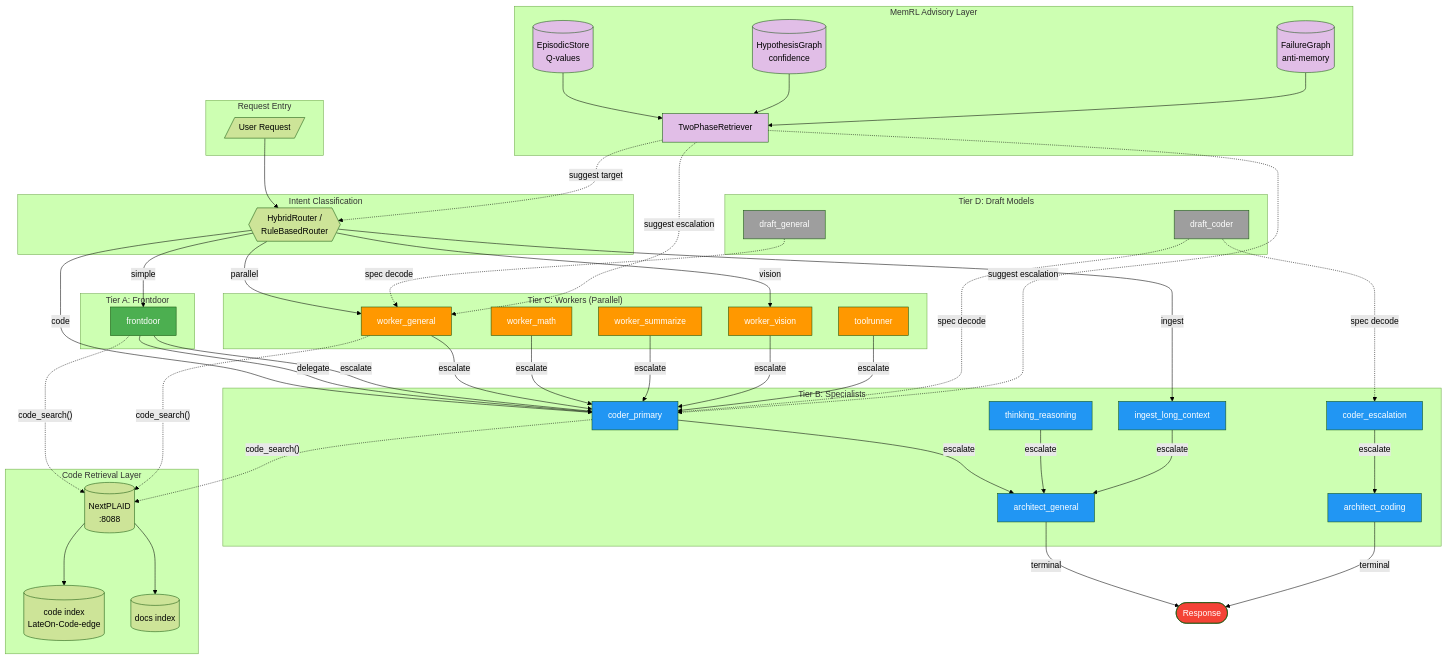
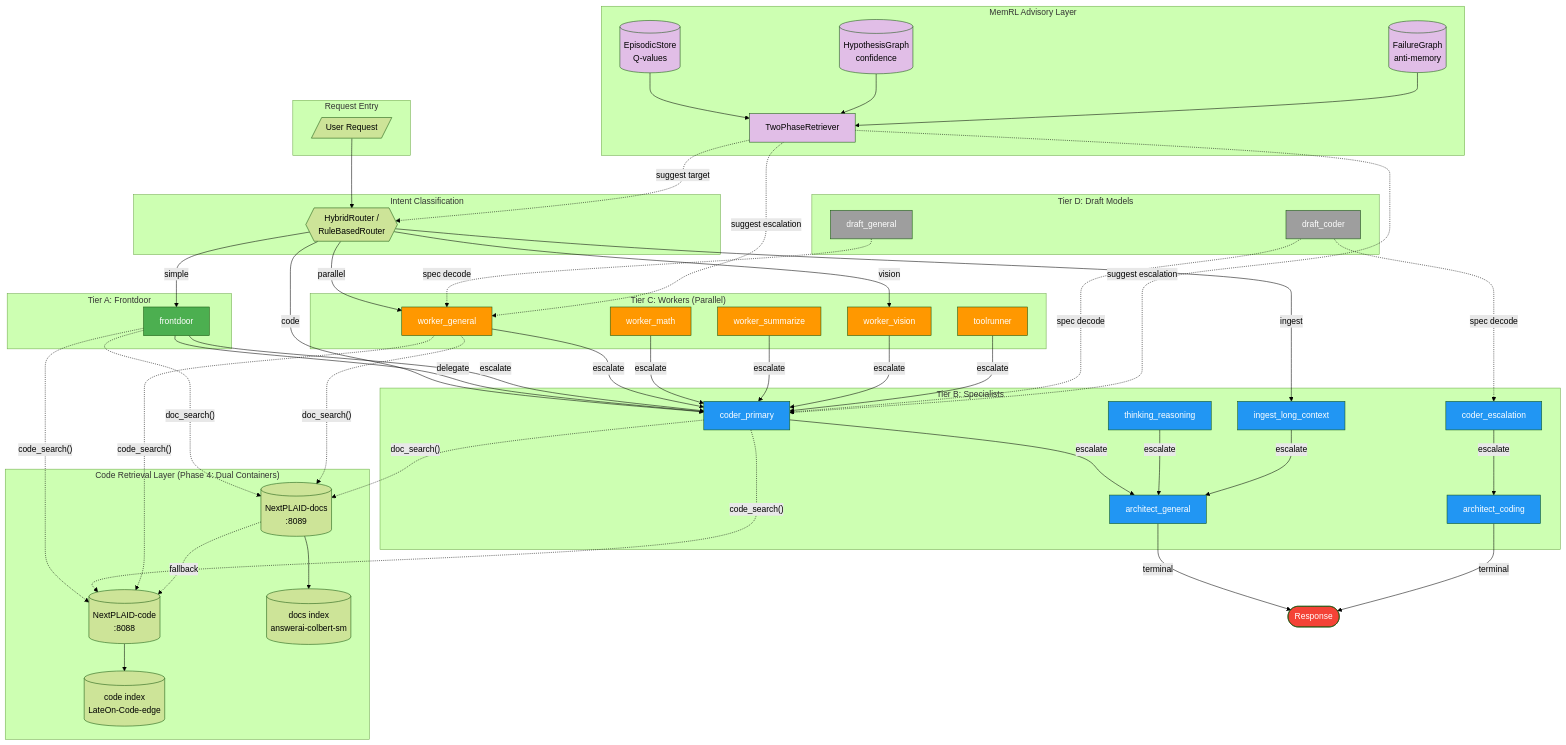
Before and after one commit to pestopoppa/amd-epyc-inference: the first of 4 diagrams in docs/diagrams/orchestration_topology.md, drawn with Mermaid (forest theme). The commit also changed 12 other files, not shown here.

First line of the commit message:
feat: NextPLAID Phase 4 dual containers + debugger infra reload

```diff
--- a/docs/diagrams/orchestration_topology.md
+++ b/docs/diagrams/orchestration_topology.md
@@ -48,10 +48,11 @@
         TPR[TwoPhaseRetriever]
     end
 
-    subgraph Retrieval["Code Retrieval Layer"]
-        NP[("NextPLAID<br/>:8088")]
+    subgraph Retrieval["Code Retrieval Layer (Phase 4: Dual Containers)"]
+        NPC[("NextPLAID-code<br/>:8088")]
+        NPD[("NextPLAID-docs<br/>:8089")]
         CI[(code index<br/>LateOn-Code-edge)]
-        DI[(docs index)]
+        DI[(docs index<br/>answerai-colbert-sm)]
     end
 
     %% Entry flow
@@ -98,12 +99,16 @@
     TPR -.->|"suggest escalation"| CP
     TPR -.->|"suggest escalation"| WG
 
-    %% Code retrieval (REPL code_search/doc_search)
-    FD -.->|"code_search()"| NP
-    CP -.->|"code_search()"| NP
-    WG -.->|"code_search()"| NP
-    NP --> CI
-    NP --> DI
+    %% Code retrieval (REPL code_search/doc_search) — Phase 4 dual containers
+    FD -.->|"code_search()"| NPC
+    CP -.->|"code_search()"| NPC
+    WG -.->|"code_search()"| NPC
+    FD -.->|"doc_search()"| NPD
+    CP -.->|"doc_search()"| NPD
+    WG -.->|"doc_search()"| NPD
+    NPC --> CI
+    NPD --> DI
+    NPD -.->|"fallback"| NPC
 
     %% Styling
     classDef tierA fill:#4CAF50,color:white
```
